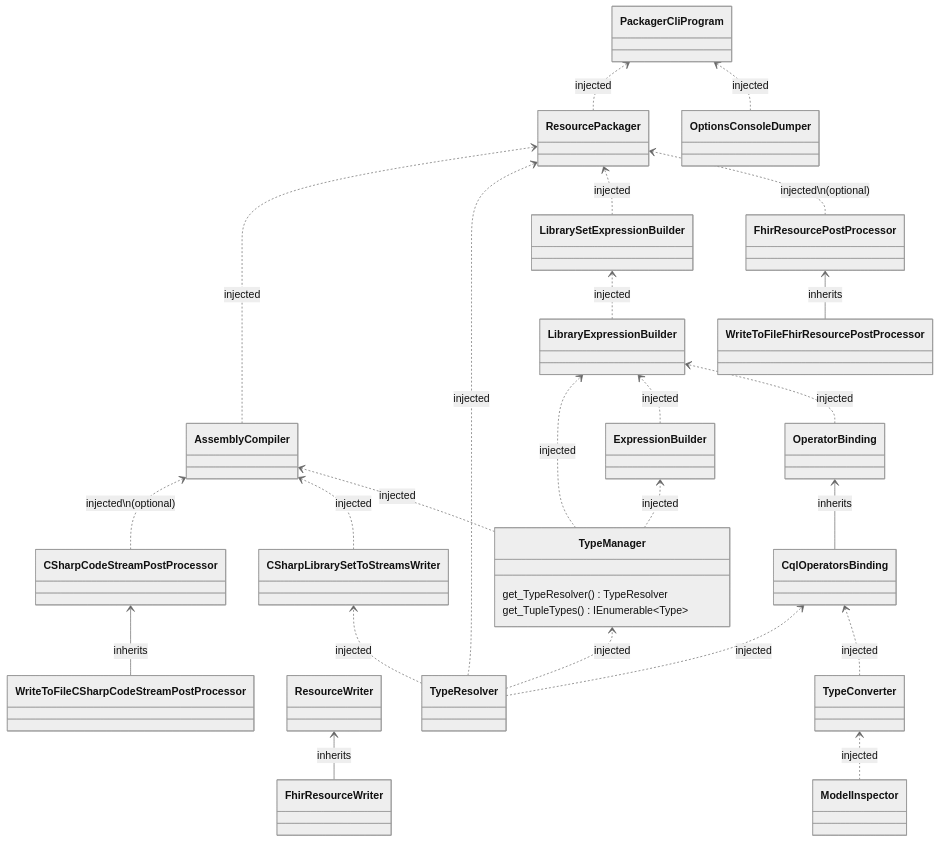
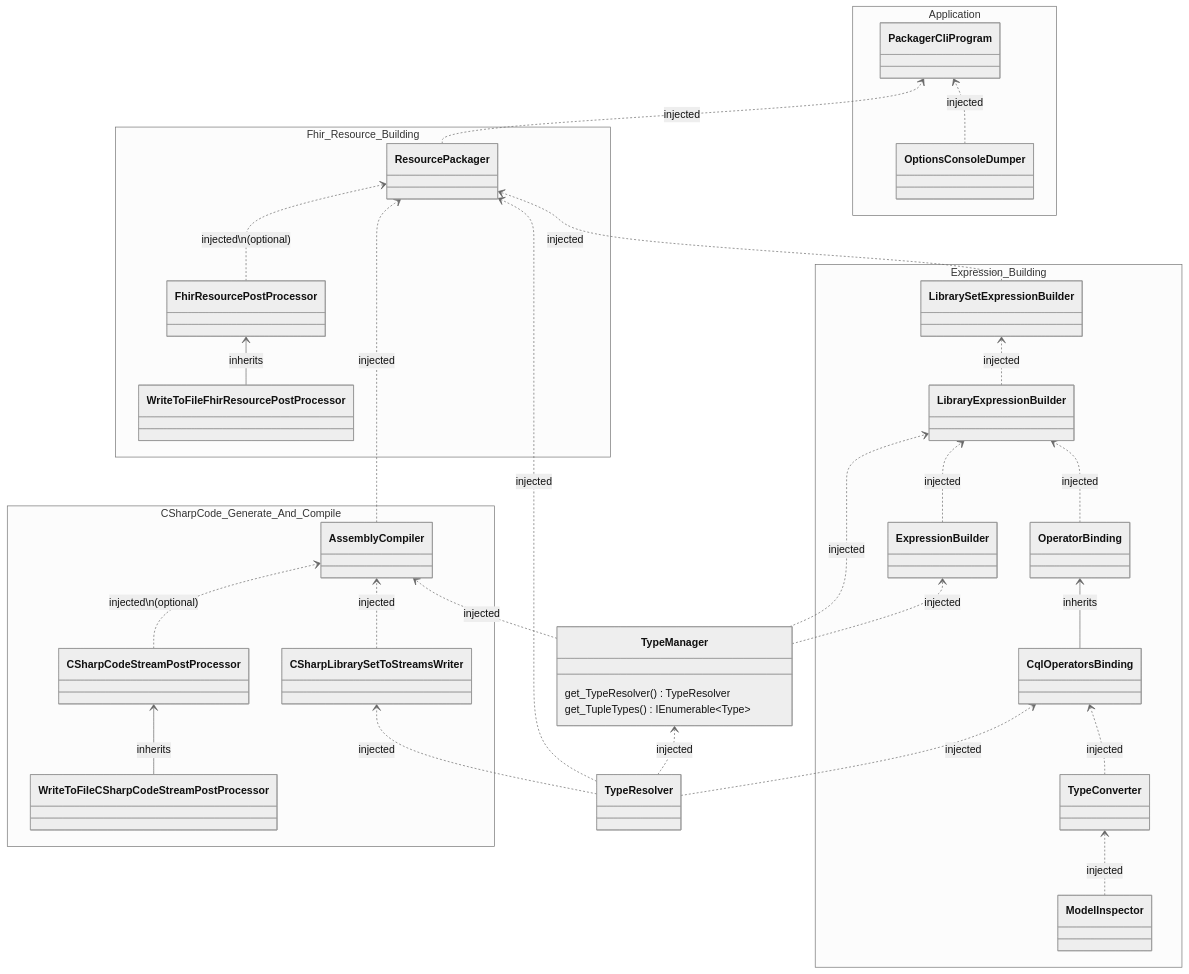
One commit to FirelyTeam/firely-cql-sdk changed the first of 2 diagrams in docs/packager-cli-dependency-graph.md. Above: the diagram before and after it, drawn with Mermaid (neutral theme).

Commit message:
update diagram

````diff
--- a/docs/packager-cli-dependency-graph.md
+++ b/docs/packager-cli-dependency-graph.md
@@ -13,7 +13,10 @@
         get_TupleTypes() IEnumerable~Type~
     }
 
-    subgraph Generating_CSharp_From_LibrarySet_AndDefinitions
+    namespace CSharpCode_Generate_And_Compile {
+        class AssemblyCompiler {
+        }
+
         class CSharpLibrarySetToStreamsWriter {
         }
 
@@ -22,13 +25,53 @@
 
         class WriteToFileCSharpCodeStreamPostProcessor {
         }
-    end
+    }
 
+    namespace Expression_Building {
+        class ExpressionBuilder {
+        }
+
+        class LibraryExpressionBuilder {
+        }
+
+        class LibrarySetExpressionBuilder {
+        }
+
+        class OperatorBinding {
+        }
+
+        class CqlOperatorsBinding {
+        }
+
+        class TypeConverter {
+        }
+
+        class ModelInspector {
+        }
+    }
+
+    namespace Fhir_Resource_Building {
+        class ResourcePackager {
+        }
+
+        class FhirResourcePostProcessor {
+        }
+
+        class WriteToFileFhirResourcePostProcessor {
+        }
+    }
+
+    namespace Application {
+        class PackagerCliProgram {
+        }
+
+        class OptionsConsoleDumper {
+        }
+    }
 
     %% Inheritance  
     
     CqlOperatorsBinding --> OperatorBinding : inherits
-    FhirResourceWriter --> ResourceWriter : inherits
     WriteToFileCSharpCodeStreamPostProcessor --> CSharpCodeStreamPostProcessor : inherits
     WriteToFileFhirResourcePostProcessor --> FhirResourcePostProcessor : inherits
 
@@ -57,9 +100,9 @@
     
     TypeResolver ..> CSharpLibrarySetToStreamsWriter : injected
 
+    OperatorBinding ..> LibraryExpressionBuilder : injected
     TypeManager ..> LibraryExpressionBuilder : injected
     ExpressionBuilder ..> LibraryExpressionBuilder : injected
-    OperatorBinding ..> LibraryExpressionBuilder : injected
 
     LibraryExpressionBuilder ..> LibrarySetExpressionBuilder : injected
 ```
````
